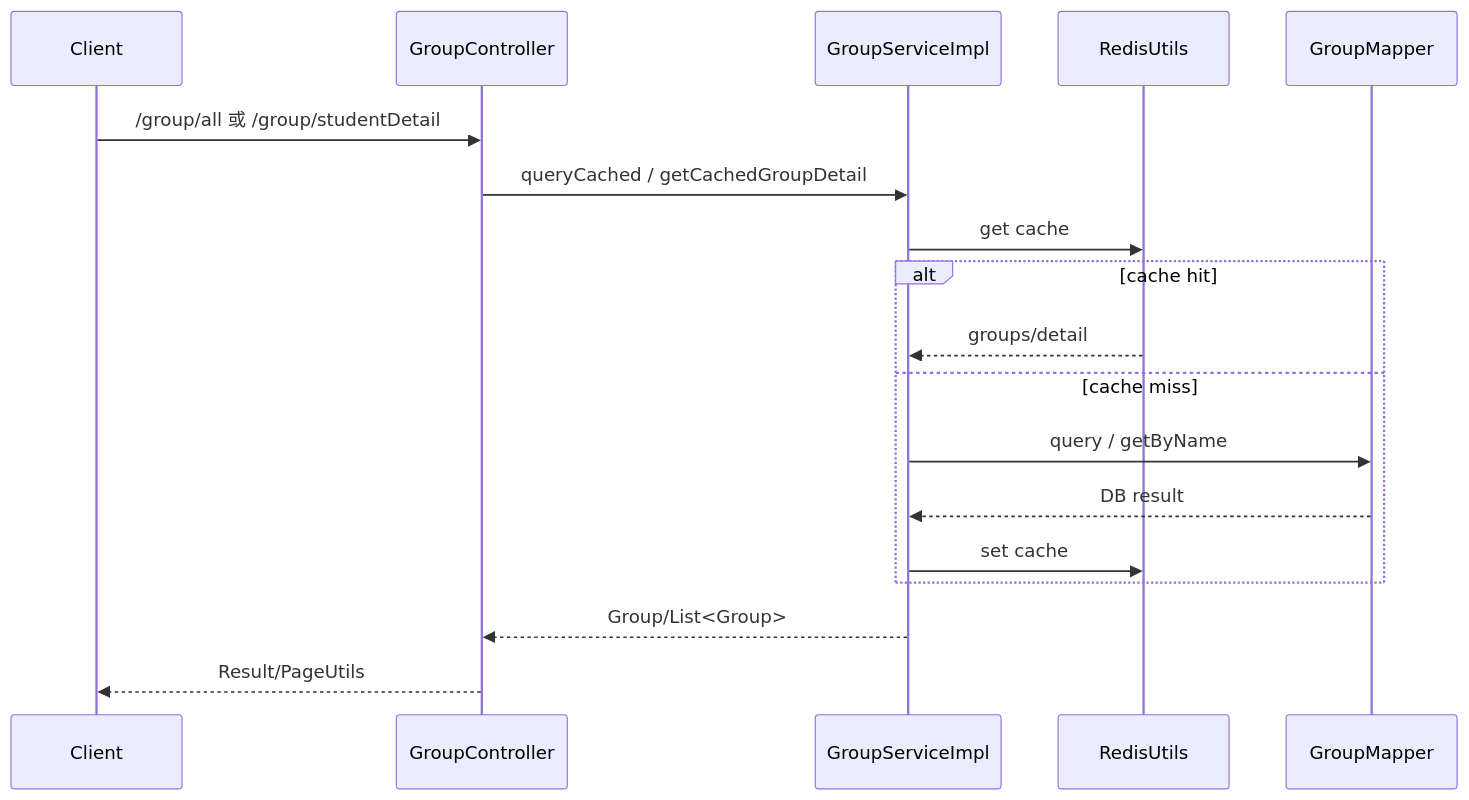
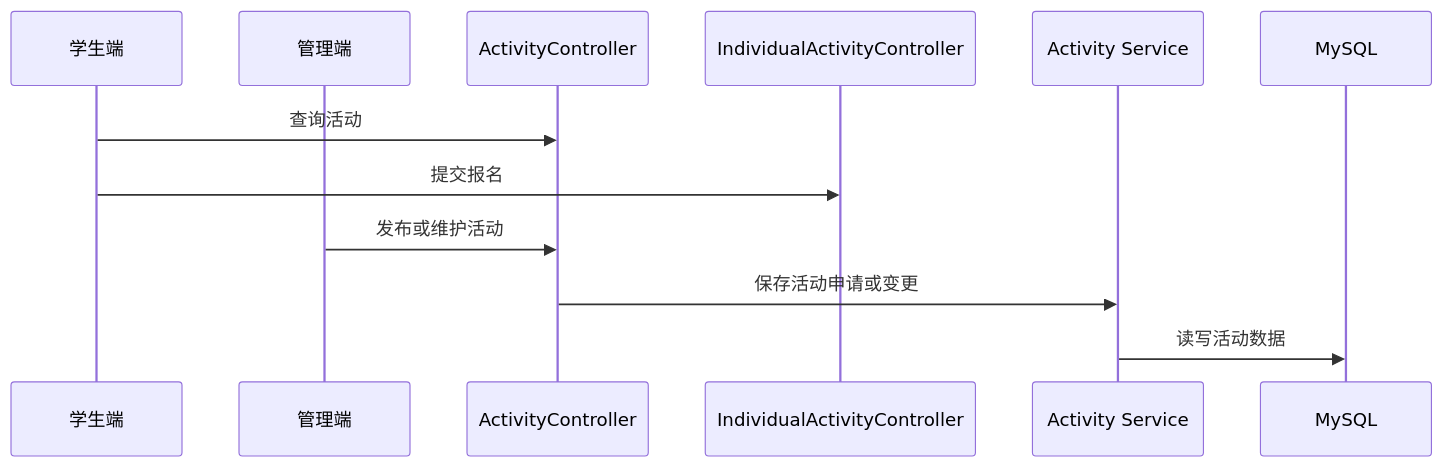
Before and after one commit to minislother/Digital-Hundred-Groups-Club: the fourth of 4 diagrams in .codex/rules/ai-readme/generated/核心流程.md, drawn with Mermaid. The commit also changed other lines of this file and 87 other files, not shown here.

````diff
--- a/.codex/rules/ai-readme/generated/核心流程.md
+++ b/.codex/rules/ai-readme/generated/核心流程.md
@@ -77,20 +94,14 @@
 ```mermaid
 sequenceDiagram
- participant Client
- participant Controller as GroupController
- participant Service as GroupServiceImpl
- participant Redis as RedisUtils
- participant Mapper as GroupMapper
- Client->>Controller: /group/all 或 /group/studentDetail
- Controller->>Service: queryCached / getCachedGroupDetail
- Service->>Redis: get cache
- alt cache hit
-  Redis-->>Service: groups/detail
- else cache miss
-  Service->>Mapper: query / getByName
-  Mapper-->>Service: DB result
-  Service->>Redis: set cache
- end
- Service-->>Controller: Group/List<Group>
- Controller-->>Client: Result/PageUtils
+  participant Student as 学生端
+  participant Admin as 管理端
+  participant Activity as ActivityController
+  participant Join as IndividualActivityController
+  participant Service as Activity Service
+  participant DB as MySQL
+  Student->>Activity: 查询活动
+  Student->>Join: 提交报名
+  Admin->>Activity: 发布或维护活动
+  Activity->>Service: 保存活动申请或变更
+  Service->>DB: 读写活动数据
 ```
````
